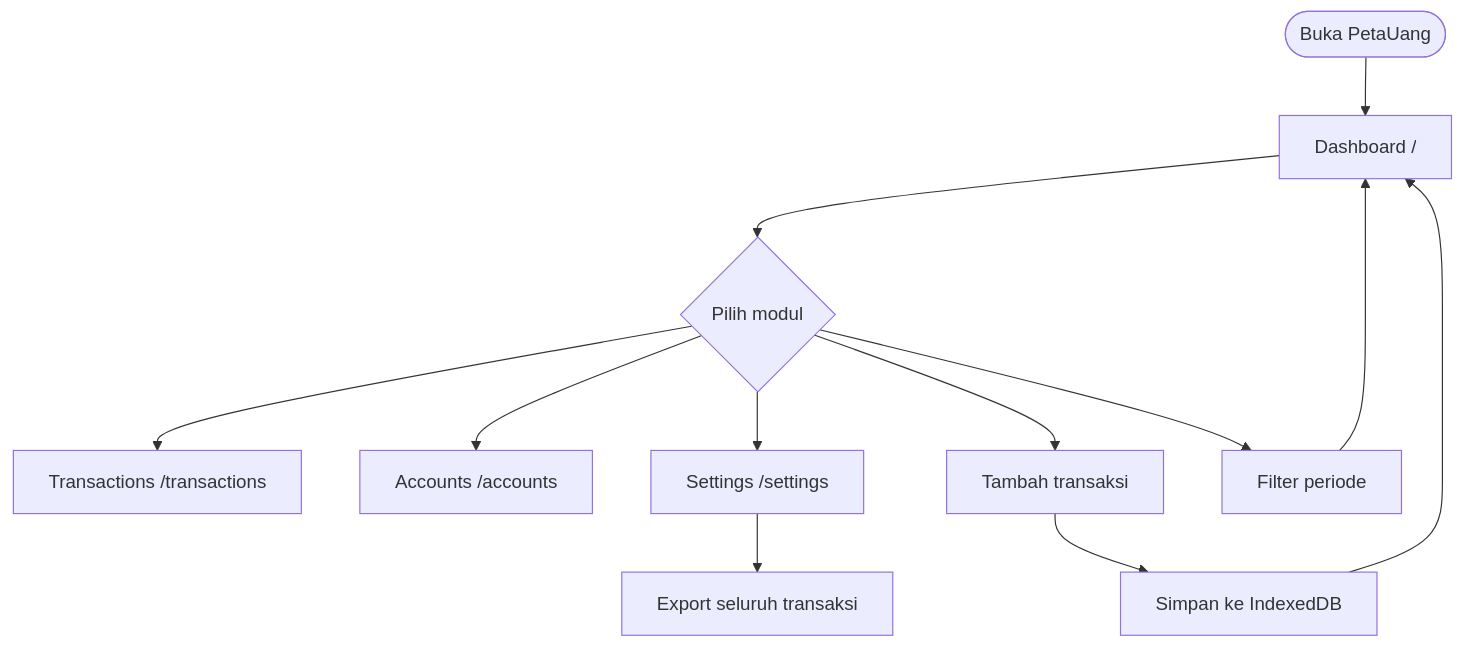
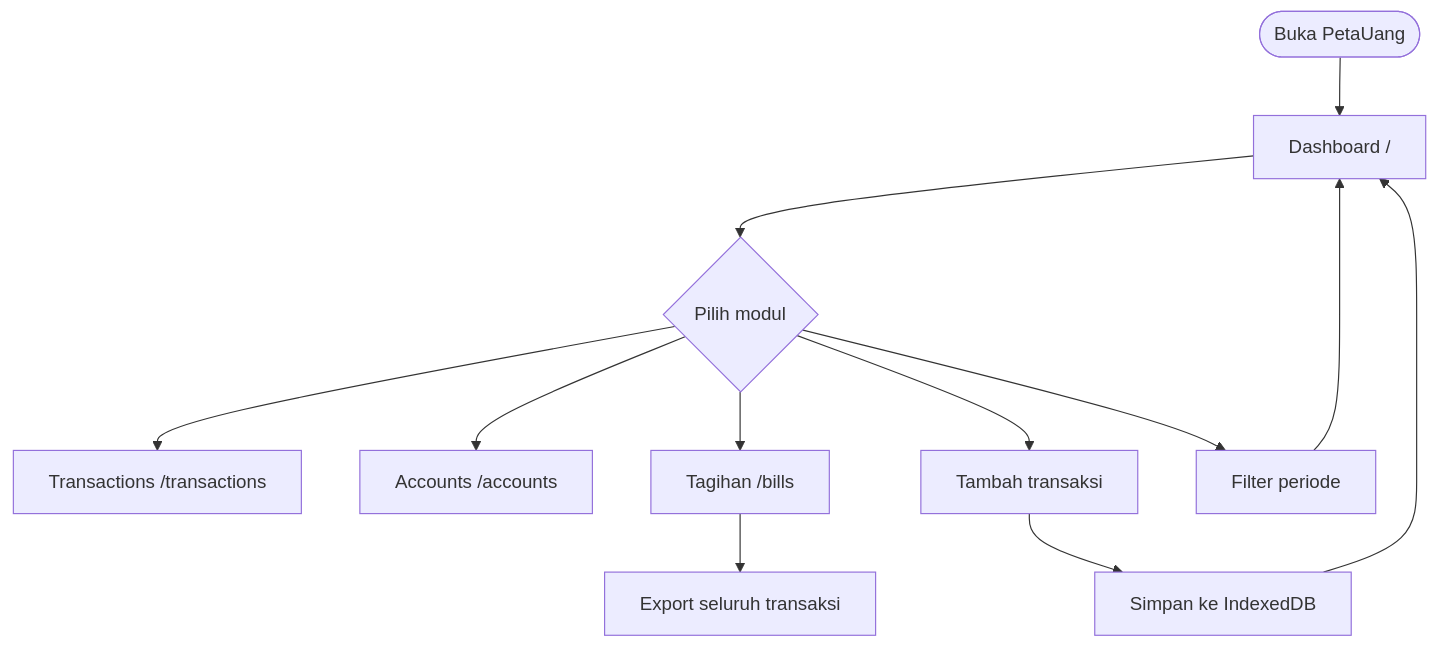
Before and after one commit to hilman-aprdi/peta-uang: the first of 5 diagrams in docs/design/afd.md, drawn with Mermaid. The commit also changed other lines of this file and 32 other files, not shown here.

````diff
--- a/docs/design/afd.md
+++ b/docs/design/afd.md
@@ -18,14 +18,14 @@
 ```mermaid
 flowchart TD
     Start([Buka PetaUang]) --> Dashboard[Dashboard /]
     Dashboard --> Choice{Pilih modul}
     Choice --> Transactions[Transactions /transactions]
     Choice --> Accounts[Accounts /accounts]
-    Choice --> Settings[Settings /settings]
+    Choice --> Bills[Tagihan /bills]
     Choice --> Add[Tambah transaksi]
     Choice --> Filter[Filter periode]
     Add --> Save[Simpan ke IndexedDB]
     Save --> Dashboard
     Filter --> Dashboard
-    Settings --> Export[Export seluruh transaksi]
+    Bills --> Export[Export seluruh transaksi]
 ```
````
